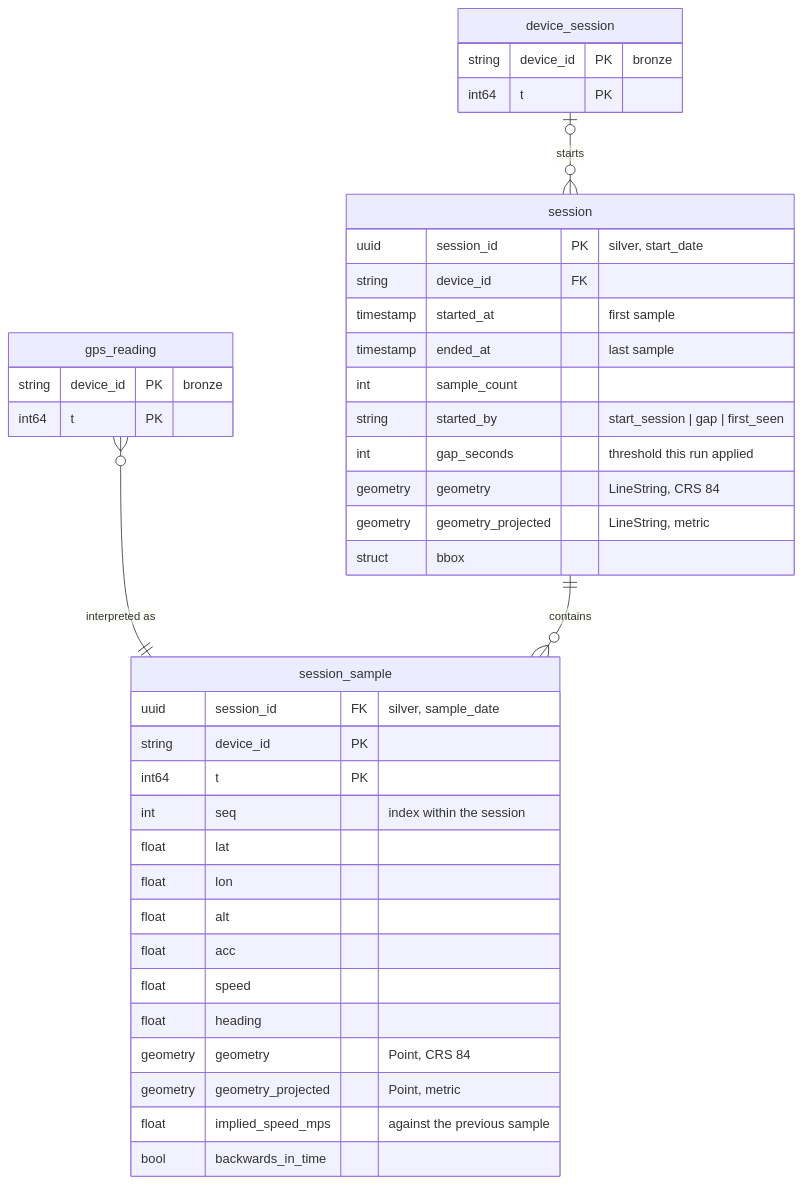
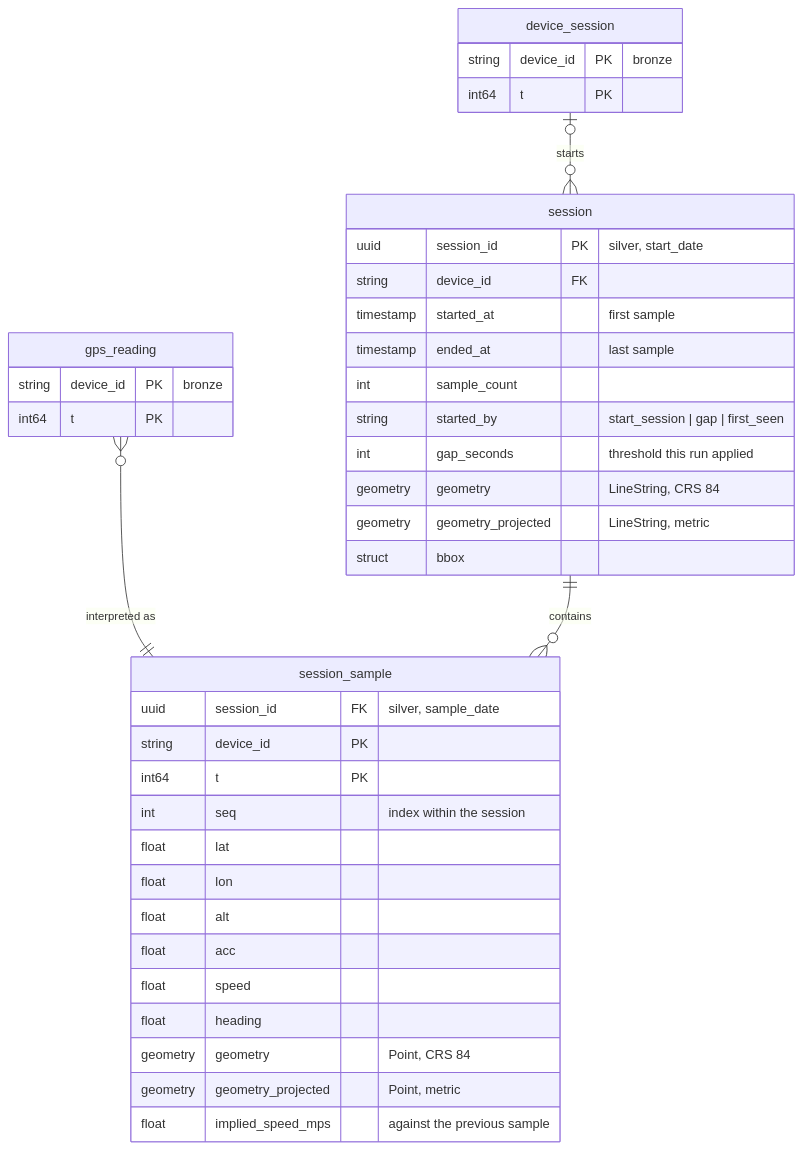
Before and after one commit to mikemoraned/geo: the first of 2 diagrams in apps/lookout/docs/current-slice.md, drawn with Mermaid. The commit also changed other lines of this file and 14 other files, not shown here.

````diff
--- a/apps/lookout/docs/current-slice.md
+++ b/apps/lookout/docs/current-slice.md
@@ -378,43 +378,42 @@
 ```mermaid
 erDiagram
     gps_reading }o--|| session_sample : "interpreted as"
     device_session |o--o{ session : starts
     session ||--o{ session_sample : contains
 
     gps_reading {
         string device_id PK "bronze"
         int64 t PK
     }
     device_session {
         string device_id PK "bronze"
         int64 t PK
     }
     session {
         uuid session_id PK "silver, start_date"
         string device_id FK
         timestamp started_at "first sample"
         timestamp ended_at "last sample"
         int sample_count
         string started_by "start_session | gap | first_seen"
         int gap_seconds "threshold this run applied"
         geometry geometry "LineString, CRS 84"
         geometry geometry_projected "LineString, metric"
         struct bbox
     }
     session_sample {
         uuid session_id FK "silver, sample_date"
         string device_id PK
         int64 t PK
         int seq "index within the session"
         float lat
         float lon
         float alt
         float acc
         float speed
         float heading
         geometry geometry "Point, CRS 84"
         geometry geometry_projected "Point, metric"
         float implied_speed_mps "against the previous sample"
-        bool backwards_in_time
     }
 ```
````
